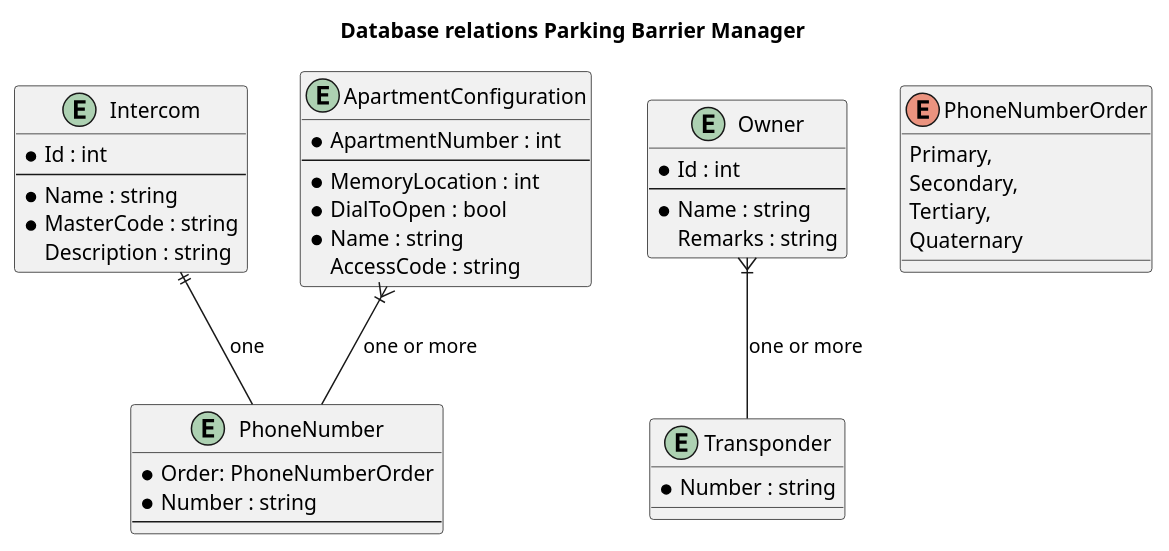
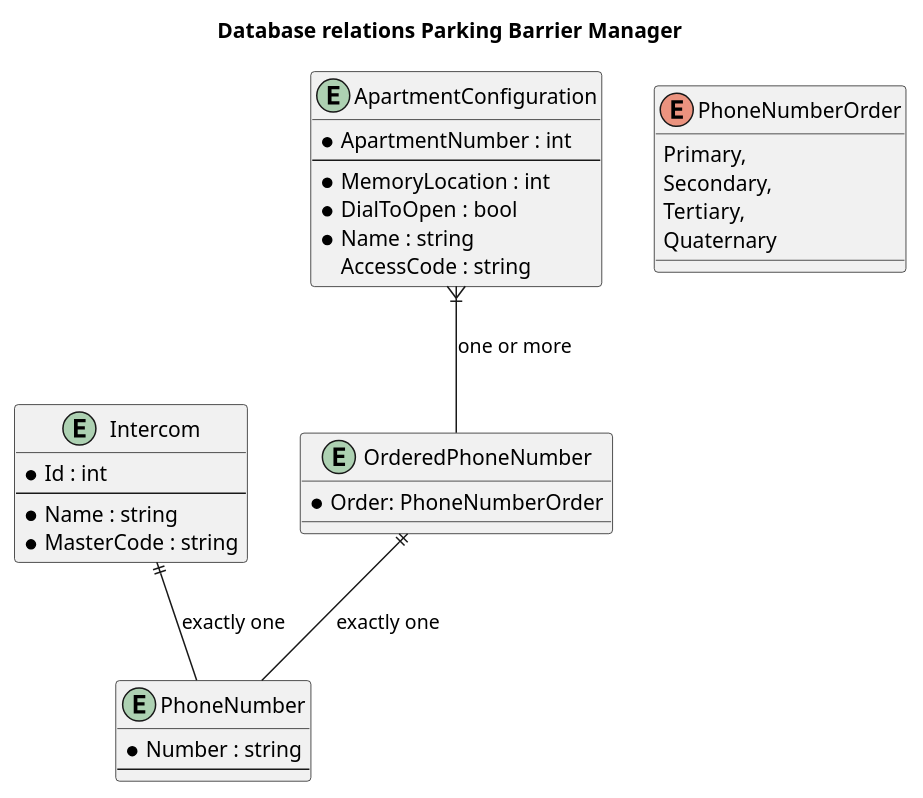
The diagram in doc/Database.plantuml (WilbertOnGithub/ParkingBarrierManager), drawn with PlantUML before and after one commit. The commit also changed 2 other files, not shown here.

```diff
--- a/doc/Database.plantuml
+++ b/doc/Database.plantuml
@@ -1,57 +1,47 @@
 @startuml
 title
 	Database relations Parking Barrier Manager
 end title
 
 entity Intercom
 {
     * Id : int
     --
 	* Name : string
 	* MasterCode : string
-	Description : string
 }
 
 entity PhoneNumber
 {
-	* Order: PhoneNumberOrder
 	* Number : string
 	--
+}
+
+entity OrderedPhoneNumber
+{
+    * Order: PhoneNumberOrder
 }
 
 entity ApartmentConfiguration
 {
 	* ApartmentNumber : int
 	--
 	* MemoryLocation : int
 	* DialToOpen : bool
 	* Name : string
 	AccessCode : string
 }
 
-entity Owner
-{
-	* Id : int
-	--
-	* Name : string
-	Remarks : string
-}
-
-entity Transponder
-{
-	* Number : string
-}
-
 enum PhoneNumberOrder
 {
     Primary,
     Secondary,
     Tertiary,
     Quaternary
 }
 
-Intercom ||-- PhoneNumber : one
-ApartmentConfiguration }|-- PhoneNumber : one or more
-Owner }|-- Transponder : one or more
+Intercom ||-- PhoneNumber : exactly one
+ApartmentConfiguration }|-- OrderedPhoneNumber : one or more
+OrderedPhoneNumber ||-- PhoneNumber: exactly one
 
 @enduml
```
